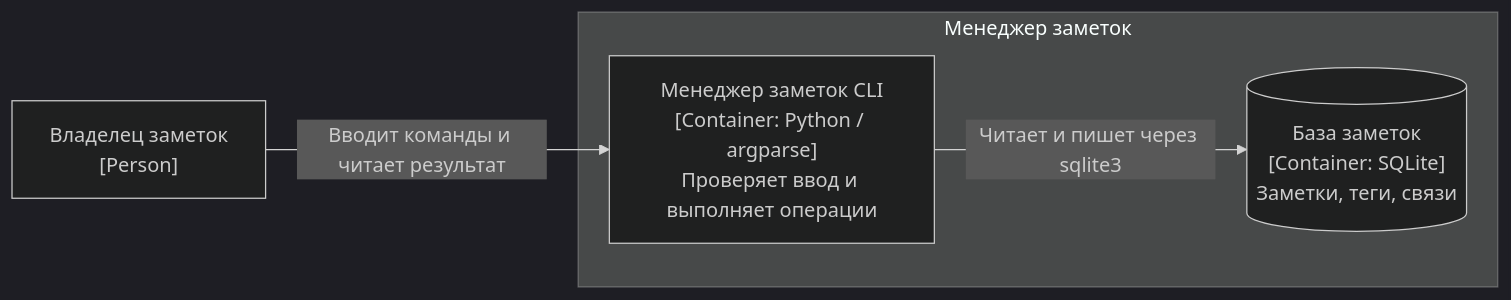
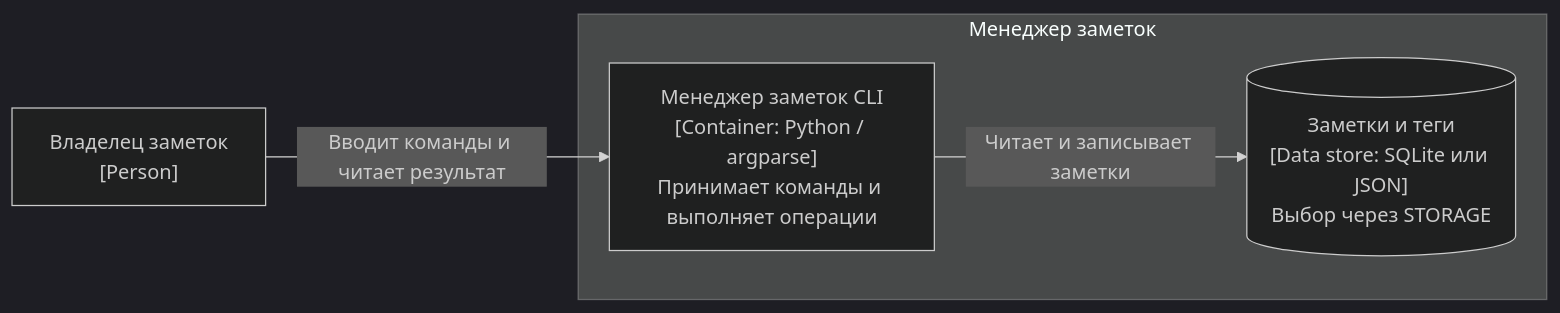
The first of 2 diagrams in docs/architecture.md (Reevan8899/variant-1-modular), drawn with Mermaid (dark theme) before and after one commit. The commit also changed other lines of this file and 3 other files, not shown here.

````diff
--- a/docs/architecture.md
+++ b/docs/architecture.md
@@ -9,10 +9,10 @@
 ```mermaid
 flowchart LR
     U["Владелец заметок<br/>[Person]"]
     subgraph System["Менеджер заметок"]
-        C["Менеджер заметок CLI<br/>[Container: Python / argparse]<br/>Проверяет ввод и выполняет операции"]
-        S[("База заметок<br/>[Container: SQLite]<br/>Заметки, теги, связи")]
+        C["Менеджер заметок CLI<br/>[Container: Python / argparse]<br/>Принимает команды и выполняет операции"]
+        S[("Заметки и теги<br/>[Data store: SQLite или JSON]<br/>Выбор через STORAGE")]
     end
     U -->|"Вводит команды и читает результат"| C
-    C -->|"Читает и пишет через sqlite3"| S
+    C -->|"Читает и записывает заметки"| S
 ```
````
